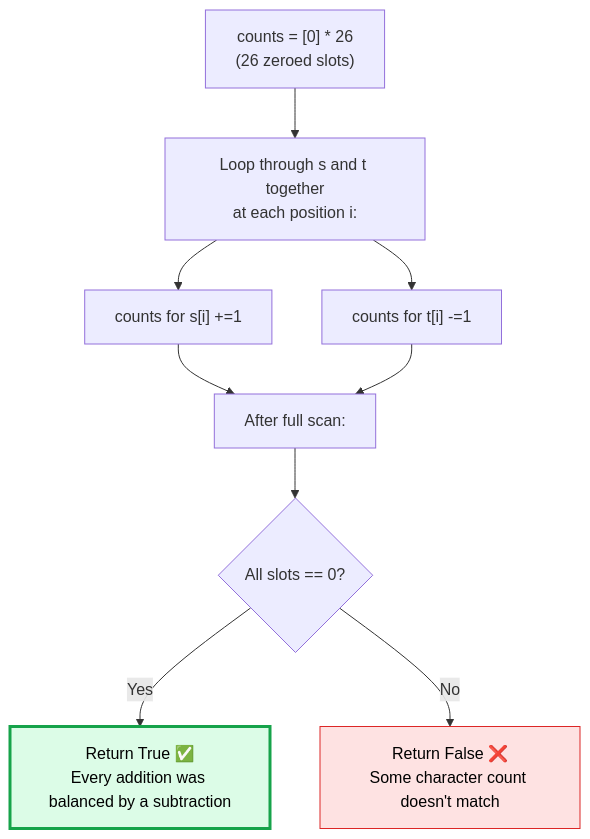
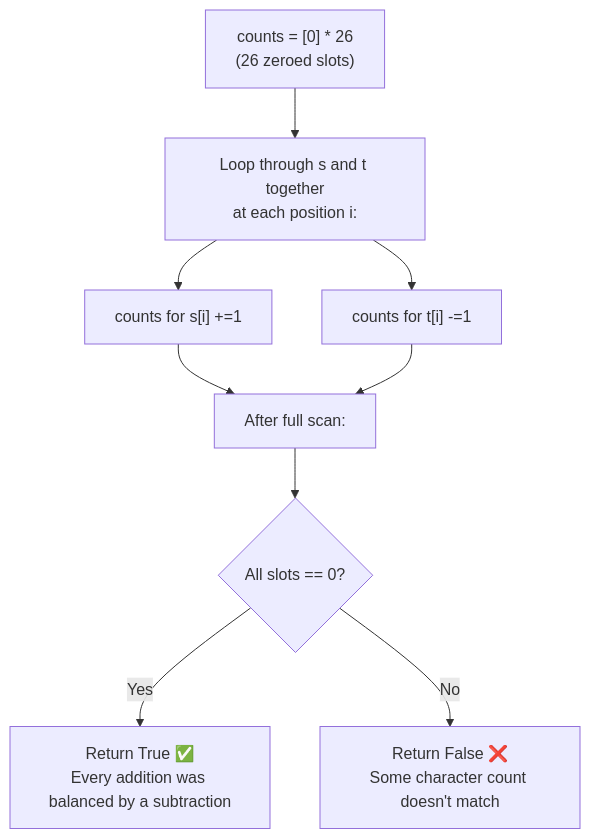
One commit to M-F-Tushar/LeetCode-Problem-Solving changed the ninth of 15 diagrams in 03 - Valid Anagram/README.md. Above: the diagram before and after it, drawn with Mermaid. The commit also changed other lines of this file and 6 other files, not shown here.

Commit message:
added 06 - Is Subsequence, 07 - Longest Consecutive Sequence

````diff
--- a/03 - Valid Anagram/README.md
+++ b/03 - Valid Anagram/README.md
@@ -273,14 +266,12 @@
 ```mermaid
 flowchart TD
     A["counts = [0] * 26\n(26 zeroed slots)"] --> B["Loop through s and t together\nat each position i:"]
     B --> C["counts for s[i]  +=1"]
     B --> D["counts for t[i]  -=1"]
     C --> E["After full scan:"]
     D --> E
     E --> F{"All slots == 0?"}
     F -- Yes --> G["Return True ✅\nEvery addition was balanced by a subtraction"]
     F -- No  --> H["Return False ❌\nSome character count doesn't match"]
 
-    style G fill:#dcfce7,stroke:#16a34a,stroke-width:3px,color:#000000
-    style H fill:#fee2e2,stroke:#dc2626,color:#000000
 ```
````
